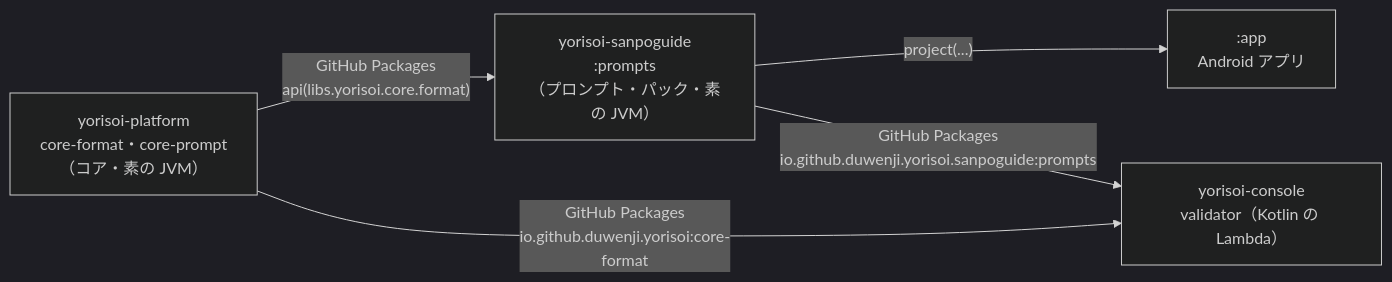
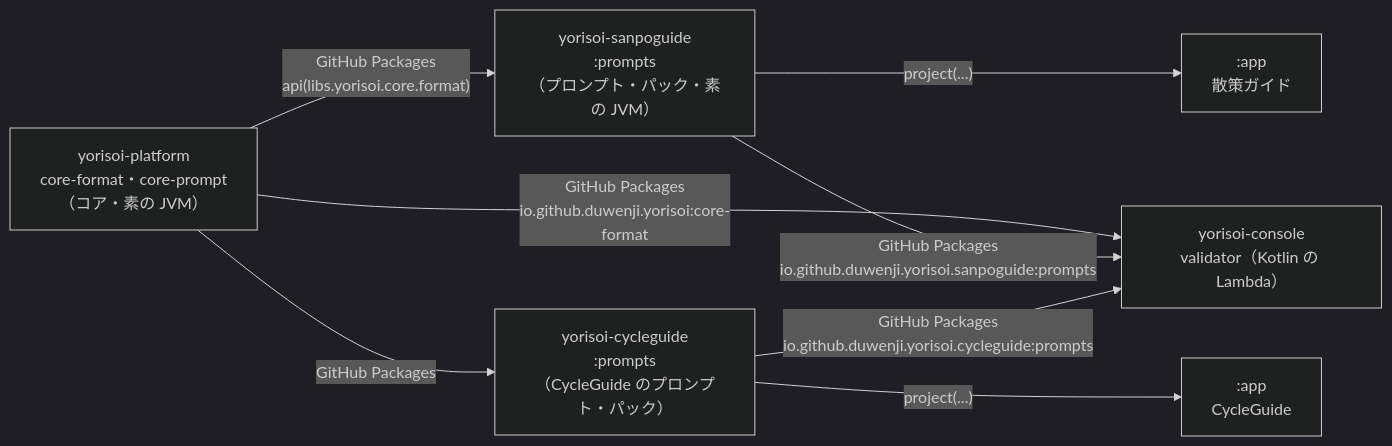
The diagram in 05-station-format/01-jvm-library.md (duwenji/yorisoi-tutorial), drawn with Mermaid (dark theme) before and after one commit. The commit also changed other lines of this file and 27 other files, not shown here.

````diff
--- a/05-station-format/01-jvm-library.md
+++ b/05-station-format/01-jvm-library.md
@@ -35,9 +35,13 @@
 ```mermaid
 flowchart LR
     CORE["yorisoi-platform<br/>core-format・core-prompt<br/>（コア・素の JVM）"]
     PACK["yorisoi-sanpoguide<br/>:prompts<br/>（プロンプト・パック・素の JVM）"]
+    CPACK["yorisoi-cycleguide<br/>:prompts<br/>（CycleGuide のプロンプト・パック）"]
     CORE -->|"GitHub Packages<br/>api(libs.yorisoi.core.format)"| PACK
-    PACK -->|"project(...)"| APP[":app<br/>Android アプリ"]
+    CORE -->|"GitHub Packages"| CPACK
+    PACK -->|"project(...)"| APP[":app<br/>散策ガイド"]
+    CPACK -->|"project(...)"| CAPP[":app<br/>CycleGuide"]
     CORE -->|"GitHub Packages<br/>io.github.duwenji.yorisoi:core-format"| VAL["yorisoi-console<br/>validator（Kotlin の Lambda）"]
     PACK -->|"GitHub Packages<br/>io.github.duwenji.yorisoi.sanpoguide:prompts"| VAL
+    CPACK -->|"GitHub Packages<br/>io.github.duwenji.yorisoi.cycleguide:prompts"| VAL
 ```
````
